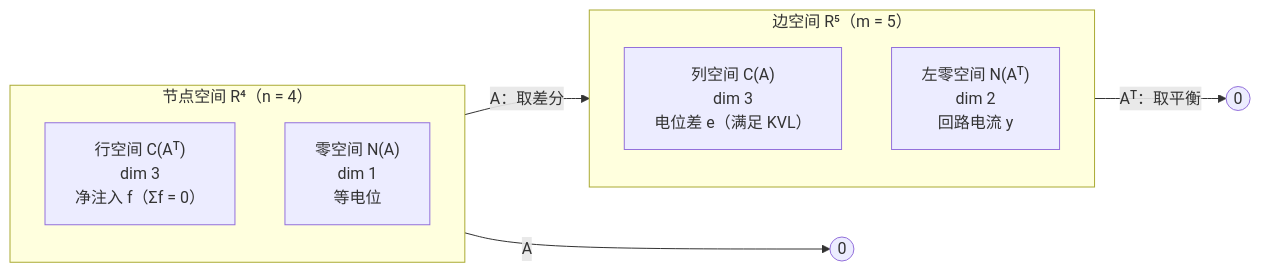
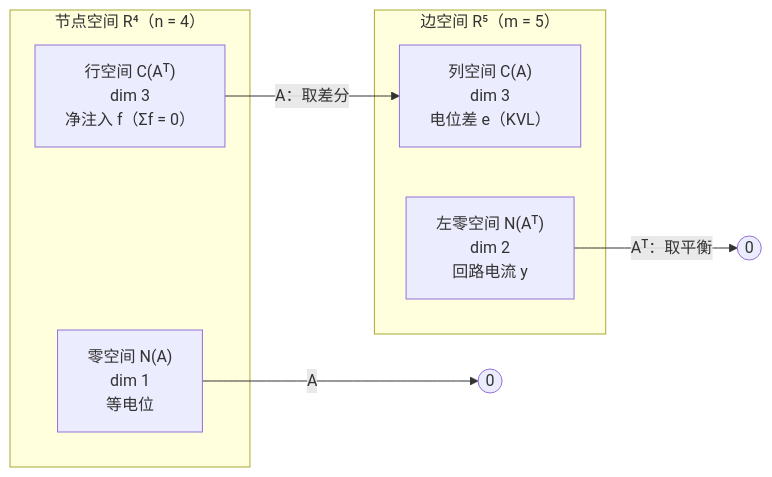
The sixth of 9 diagrams in Math/Linear Algebra/学习笔记/L12 图·网络·关联矩阵.md (Korotomx/STD), drawn with Mermaid before and after one commit. The commit also changed other lines of this file and 173 other files, not shown here.

````diff
--- a/Math/Linear Algebra/学习笔记/L12 图·网络·关联矩阵.md
+++ b/Math/Linear Algebra/学习笔记/L12 图·网络·关联矩阵.md
@@ -248,16 +168,14 @@
 ```mermaid
 flowchart LR
     subgraph NODE["节点空间 R⁴（n = 4）"]
-        direction TB
         R["行空间 C(Aᵀ)<br/>dim 3<br/>净注入 f（Σf = 0）"]
         K["零空间 N(A)<br/>dim 1<br/>等电位"]
     end
     subgraph EDGE["边空间 R⁵（m = 5）"]
-        direction TB
-        C["列空间 C(A)<br/>dim 3<br/>电位差 e（满足 KVL）"]
+        C["列空间 C(A)<br/>dim 3<br/>电位差 e（KVL）"]
         L["左零空间 N(Aᵀ)<br/>dim 2<br/>回路电流 y"]
     end
     R -->|"A：取差分"| C
     K -->|"A"| Z5((0))
     L -->|"Aᵀ：取平衡"| Z4((0))
 ```
````
